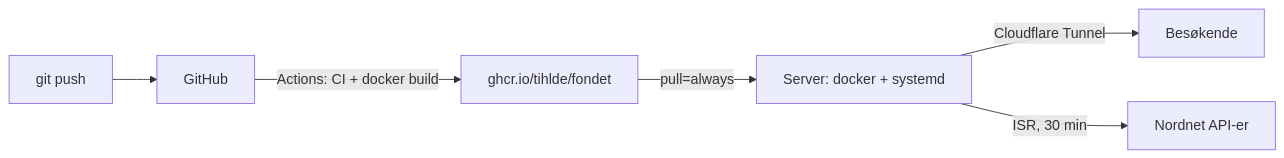
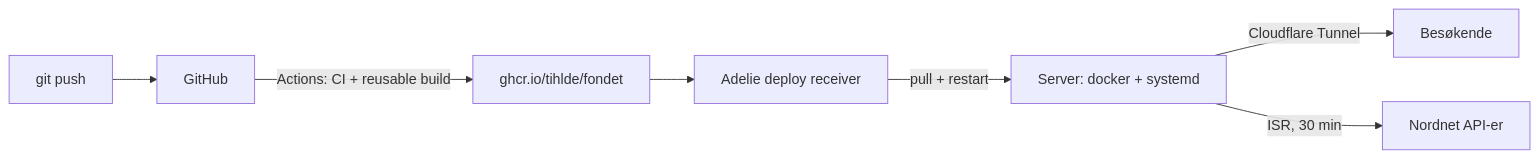
The second of 3 diagrams in README.md (TIHLDE/Fondet), drawn with Mermaid before and after one commit. The commit also changed other lines of this file and 2 other files, not shown here.

Commit message:
Use reusable deployment workflows

````diff
--- a/README.md
+++ b/README.md
@@ -138,8 +140,9 @@
 ```mermaid
 flowchart LR
     Dev[git push] --> GH[GitHub]
-    GH -->|Actions: CI + docker build| R[ghcr.io/tihlde/fondet]
-    R -->|pull=always| S[Server: docker + systemd]
+    GH -->|Actions: CI + reusable build| R[ghcr.io/tihlde/fondet]
+    R --> A[Adelie deploy receiver]
+    A -->|pull + restart| S[Server: docker + systemd]
     S -->|Cloudflare Tunnel| B[Besøkende]
     S -->|ISR, 30 min| NN[Nordnet API-er]
 ```
````
